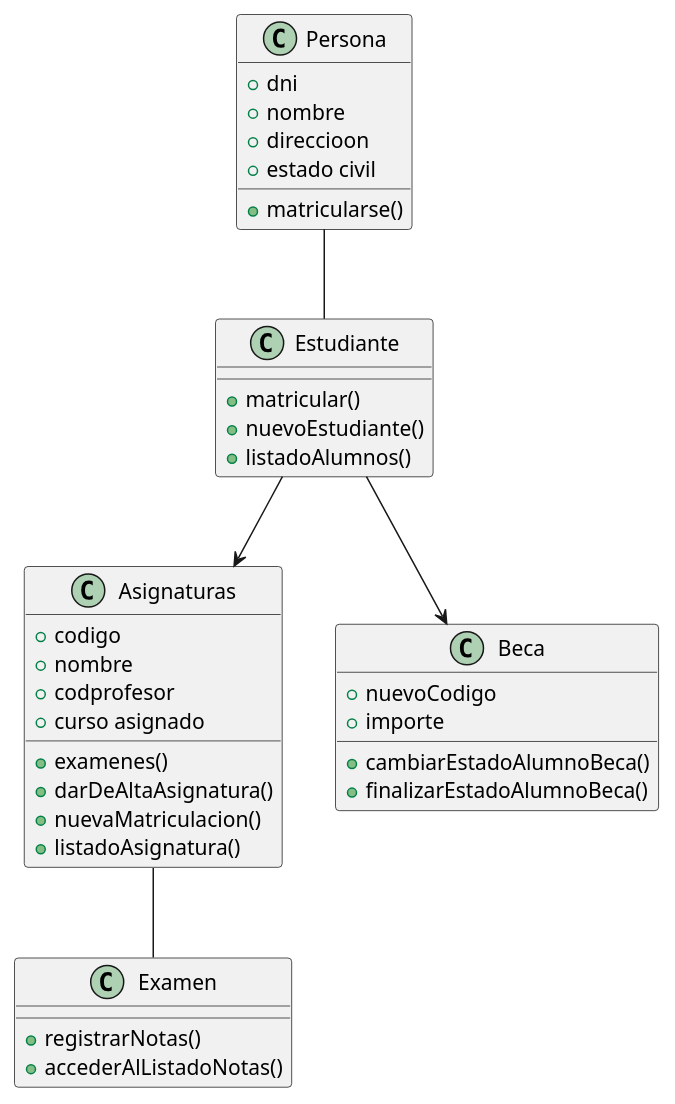
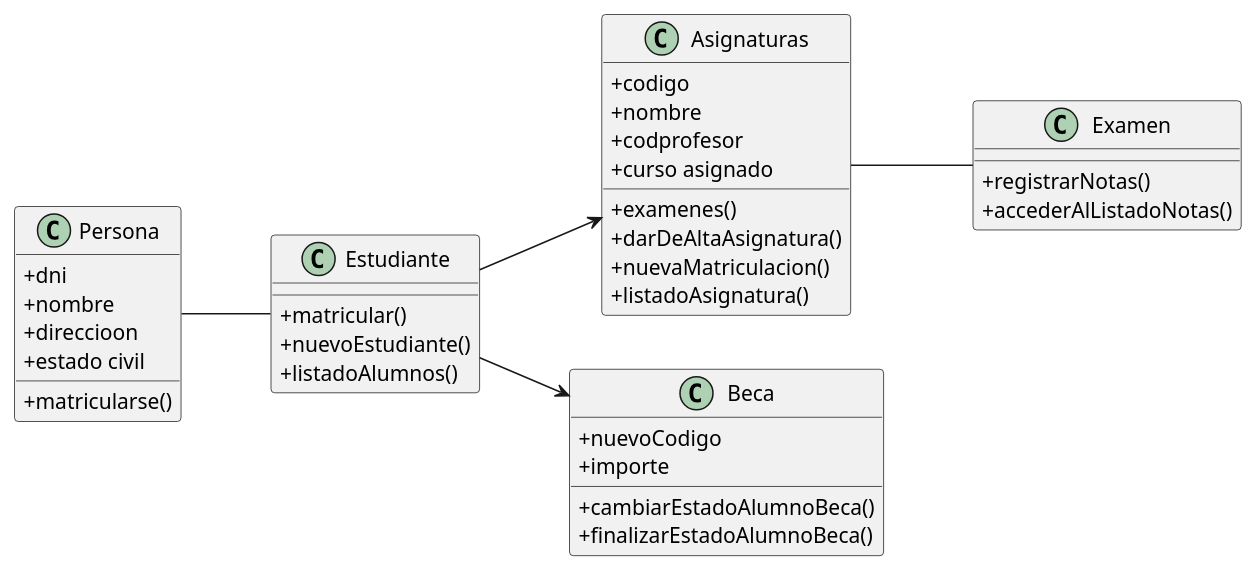
Before and after one commit to SandraLucioni/EntornosDeDesarrollo: the diagram in homeworkOne/puml/universidad.puml, drawn with PlantUML. The commit also changed 11 other files, not shown here.

```diff
--- a/homeworkOne/puml/universidad.puml
+++ b/homeworkOne/puml/universidad.puml
@@ -1,43 +1,46 @@
-@startuml
+@startuml universidad
 'https://plantuml.com/class-diagram
+
+left to right direction
+skinparam classAttributeIconSize 0
 
 class Persona{
 +dni
 +nombre
 +direccioon
 +estado civil
 +matricularse()
 }
 class Estudiante{
 +matricular()
 +nuevoEstudiante()
 +listadoAlumnos()
 }
 class Asignaturas{
 +codigo
 +nombre
 +codprofesor
 +curso asignado
 +examenes()
 +darDeAltaAsignatura()
 +nuevaMatriculacion()
 +listadoAsignatura()
 }
 class Beca{
 +nuevoCodigo
 +importe
 +cambiarEstadoAlumnoBeca()
 +finalizarEstadoAlumnoBeca()
 }
 
 class Examen {
 +registrarNotas()
 +accederAlListadoNotas()
 }
 
 Persona -- Estudiante
 Estudiante --> Beca
 Estudiante --> Asignaturas
 Asignaturas -- Examen
 
 @enduml
```
